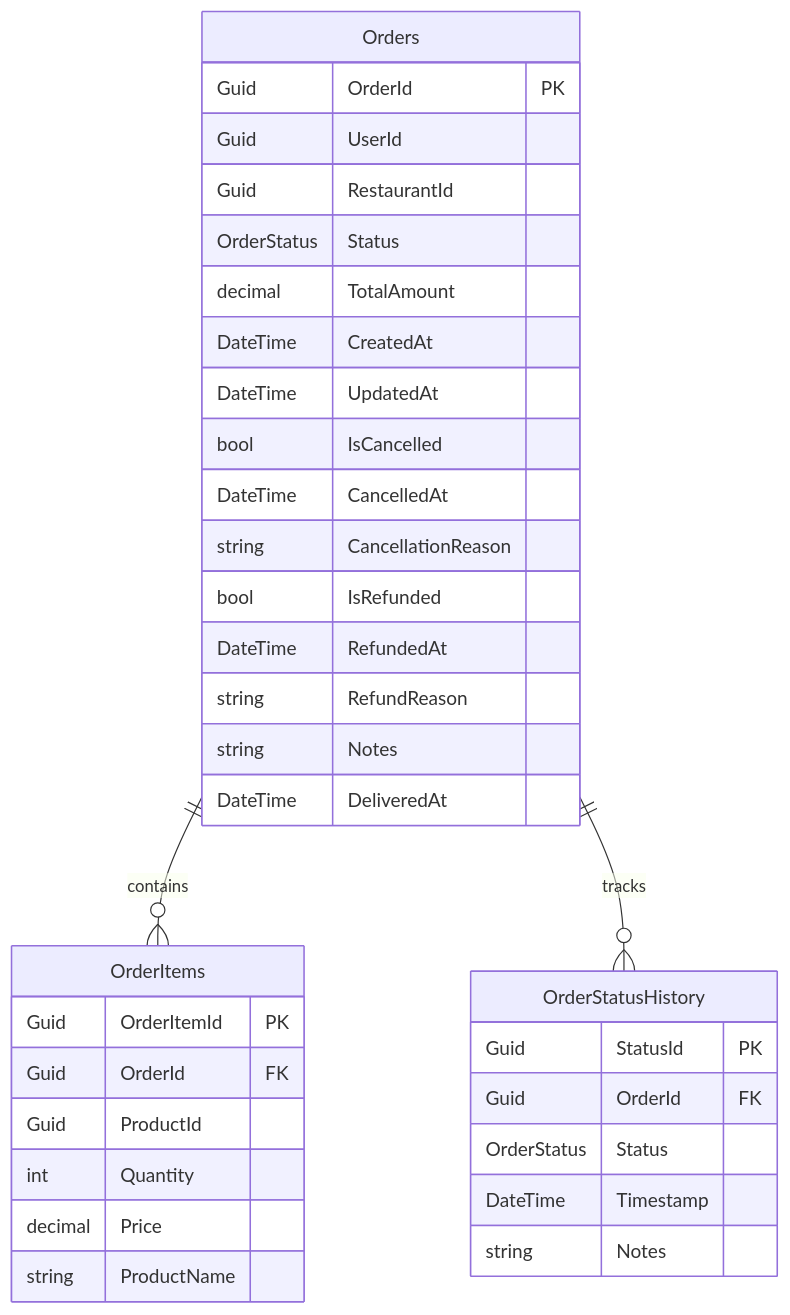
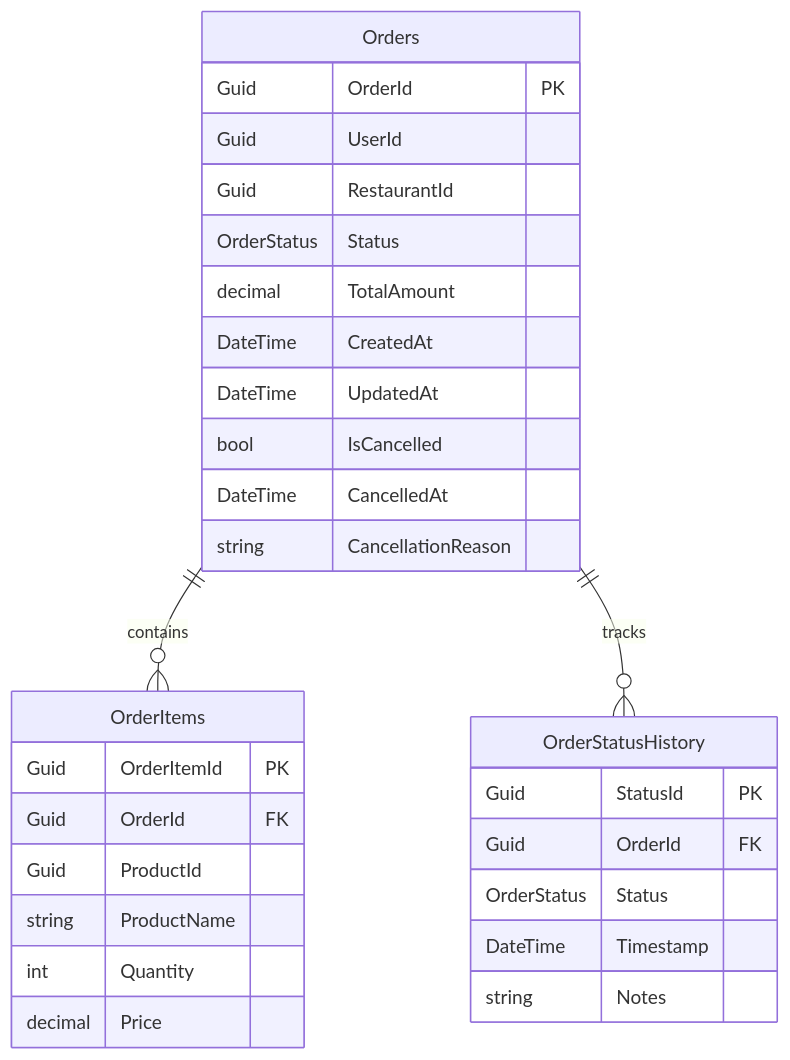
One commit to PrakashRajanSakthivel/SmartDelivery changed the fifth of 9 diagrams in README.md. Above: the diagram before and after it, drawn with Mermaid. The commit also changed other lines of this file, not shown here.

````diff
--- a/README.md
+++ b/README.md
@@ -218,40 +321,35 @@
 ```mermaid
 erDiagram
     Orders {
         Guid OrderId PK
         Guid UserId
         Guid RestaurantId
         OrderStatus Status
         decimal TotalAmount
         DateTime CreatedAt
         DateTime UpdatedAt
         bool IsCancelled
         DateTime CancelledAt
         string CancellationReason
-        bool IsRefunded
-        DateTime RefundedAt
-        string RefundReason
-        string Notes
-        DateTime DeliveredAt
     }
-    
+
     OrderItems {
         Guid OrderItemId PK
         Guid OrderId FK
         Guid ProductId
+        string ProductName
         int Quantity
         decimal Price
-        string ProductName
     }
-    
+
     OrderStatusHistory {
         Guid StatusId PK
         Guid OrderId FK
         OrderStatus Status
         DateTime Timestamp
         string Notes
     }
-    
+
     Orders ||--o{ OrderItems : contains
     Orders ||--o{ OrderStatusHistory : tracks
 ```
````
